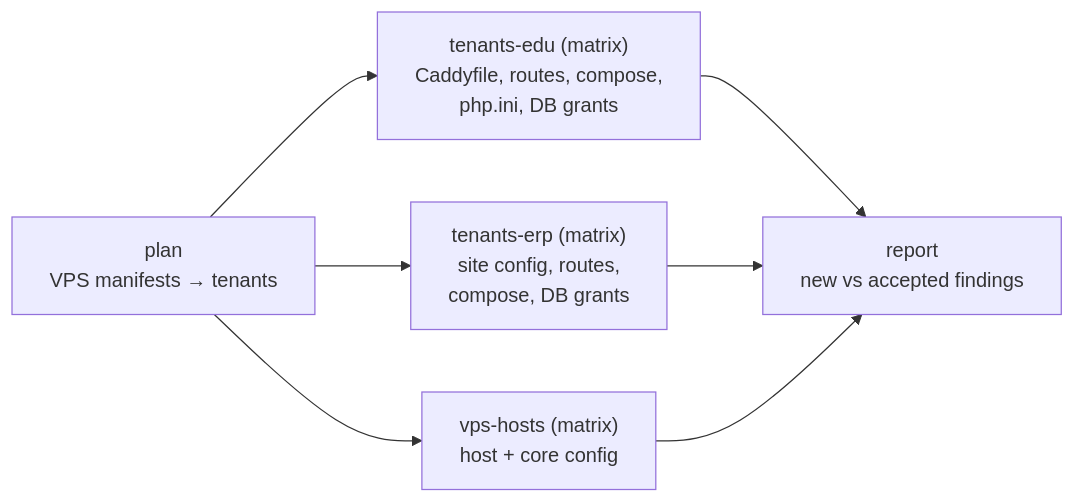
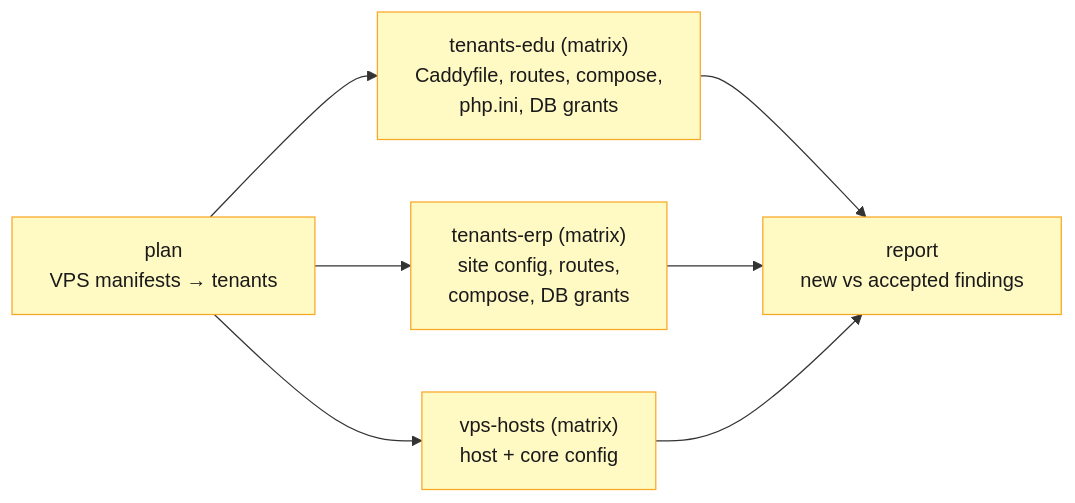
One commit to varunpathania86/nigu-lite changed diagram 16 of 23 in master-plan.md. Above: the diagram before and after it, drawn with Mermaid. The commit also changed other lines of this file and 38 other files, not shown here.

````diff
--- a/master-plan.md
+++ b/master-plan.md
@@ -932,7 +1023,9 @@
 ```mermaid
 flowchart LR
   PLAN["plan<br/>VPS manifests → tenants"] --> EDU["tenants-edu (matrix)<br/>Caddyfile, routes, compose,<br/>php.ini, DB grants"]
   PLAN --> ERP["tenants-erp (matrix)<br/>site config, routes,<br/>compose, DB grants"]
   PLAN --> VPS["vps-hosts (matrix)<br/>host + core config"]
   EDU & ERP & VPS --> REP["report<br/>new vs accepted findings"]
+  class PLAN,EDU,ERP,VPS,REP tool
+  classDef tool fill:#fff9c4,stroke:#f9a825,color:#1a1a1a
 ```
````
